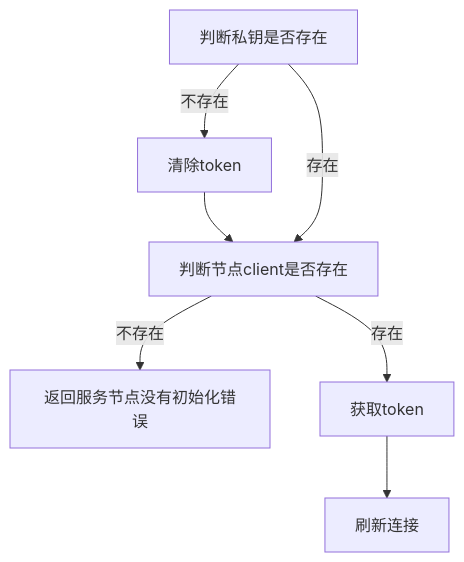
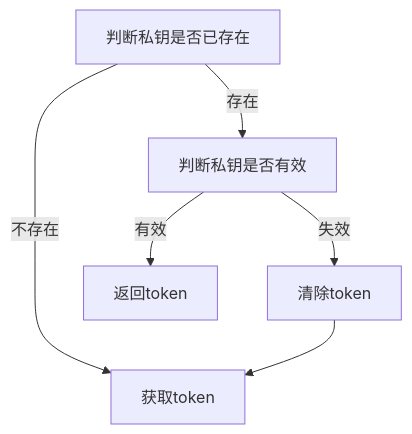
Before and after one commit to dcnetio/web-dc-api: the fourth of 6 diagrams in 初始化逻辑.md, drawn with Mermaid. The commit also changed other lines of this file, not shown here.

````diff
--- a/初始化逻辑.md
+++ b/初始化逻辑.md
@@ -50,7 +40,7 @@
 ```mermaid
 graph TD
-判断私钥是否存在 -- 不存在 --> 清除token --> 判断节点client是否存在
-判断私钥是否存在 -- 存在 --> 判断节点client是否存在
-判断节点client是否存在 -- 不存在 --> 返回服务节点没有初始化错误
-判断节点client是否存在 -- 存在 --> 获取token --> 刷新连接
+判断私钥是否已存在 -- 不存在 --> 获取token
+判断私钥是否有效 -- 失效 --> 清除token --> 获取token
+判断私钥是否已存在 -- 存在 --> 判断私钥是否有效
+判断私钥是否有效 -- 有效 --> 返回token
 ```
````
